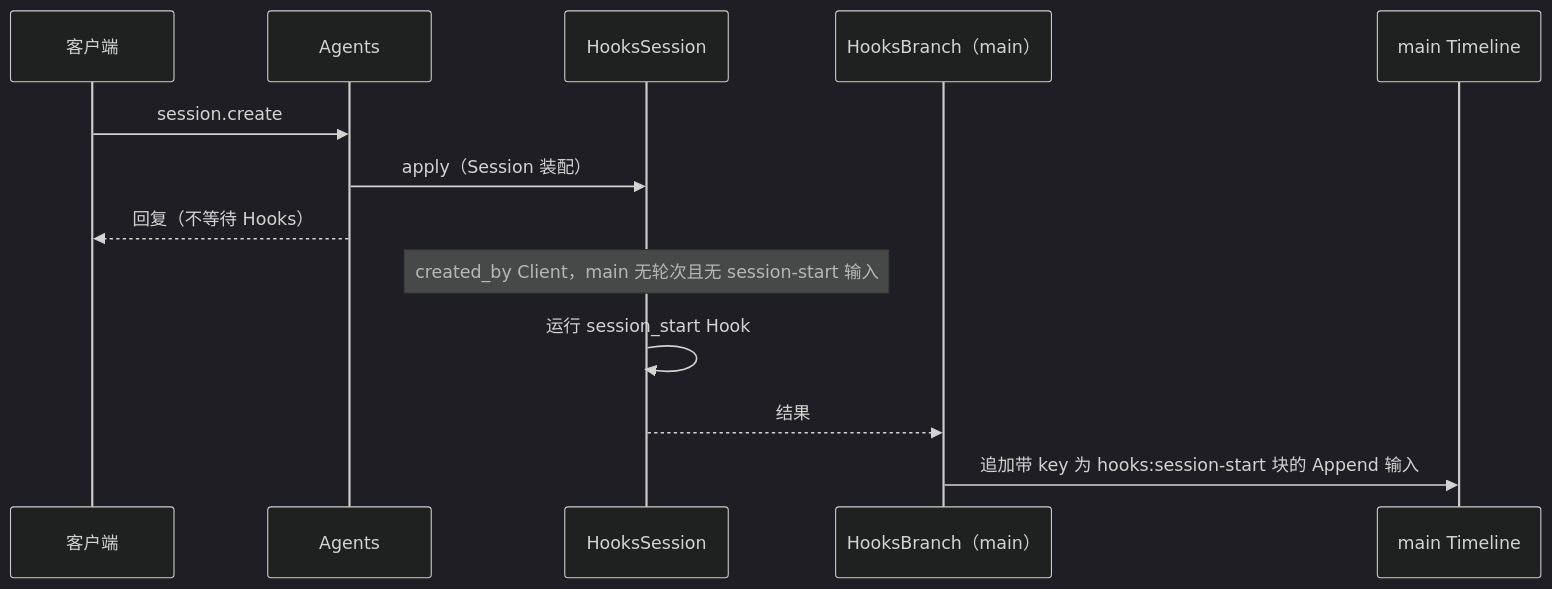
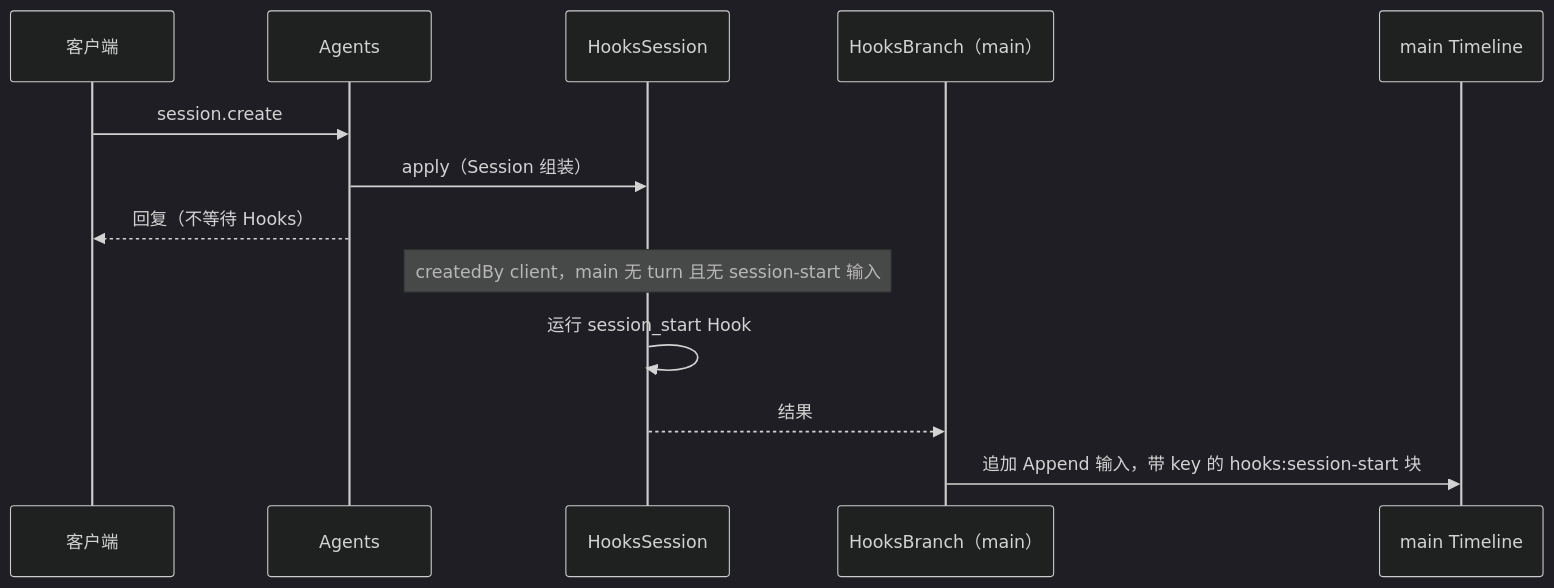
Before and after one commit to CoutinhoTTS/dim-agent: the fifth of 7 diagrams in docs/zh/design/plugins/Hooks.md, drawn with Mermaid (dark theme). The commit also changed other lines of this file and 18 other files, not shown here.

````diff
--- a/docs/zh/design/plugins/Hooks.md
+++ b/docs/zh/design/plugins/Hooks.md
@@ -89,15 +122,15 @@
 ```mermaid
 sequenceDiagram
   participant C as 客户端
   participant AG as Agents
   participant HS as HooksSession
   participant HB as HooksBranch（main）
   participant TL as main Timeline
   C->>AG: session.create
-  AG->>HS: apply（Session 装配）
+  AG->>HS: apply（Session 组装）
   AG-->>C: 回复（不等待 Hooks）
-  Note over HS: created_by Client，main 无轮次且无 session-start 输入
+  Note over HS: createdBy client，main 无 turn 且无 session-start 输入
   HS->>HS: 运行 session_start Hook
   HS-->>HB: 结果
-  HB->>TL: 追加带 key 为 hooks:session-start 块的 Append 输入
+  HB->>TL: 追加 Append 输入，带 key 的 hooks:session-start 块
 ```
````
